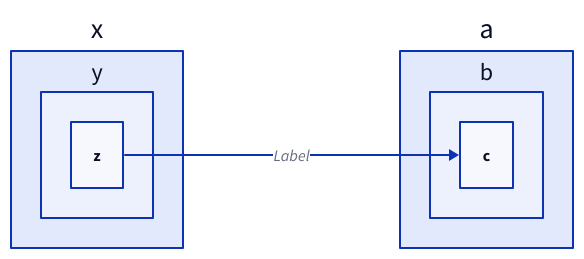
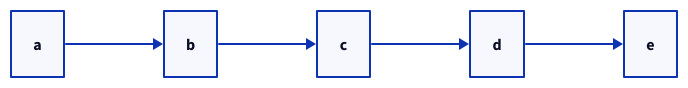
Before and after one commit to stereobooster/beoe: the diagram in packages/docs/src/content/docs/diagrams/d2.mdx, drawn with D2. The commit also changed other lines of this file and 6 other files, not shown here.

Commit message:
d2 graph

````diff
--- a/packages/docs/src/content/docs/diagrams/d2.mdx
+++ b/packages/docs/src/content/docs/diagrams/d2.mdx
@@ -13,4 +13,4 @@
-```d2
+```d2 strategy=inline darkScheme=false graphFormat=dagre class=shadow
 direction: right
-x.y.z -> a.b.c: Label
+a -> b -> c -> d -> e
 ```
````
